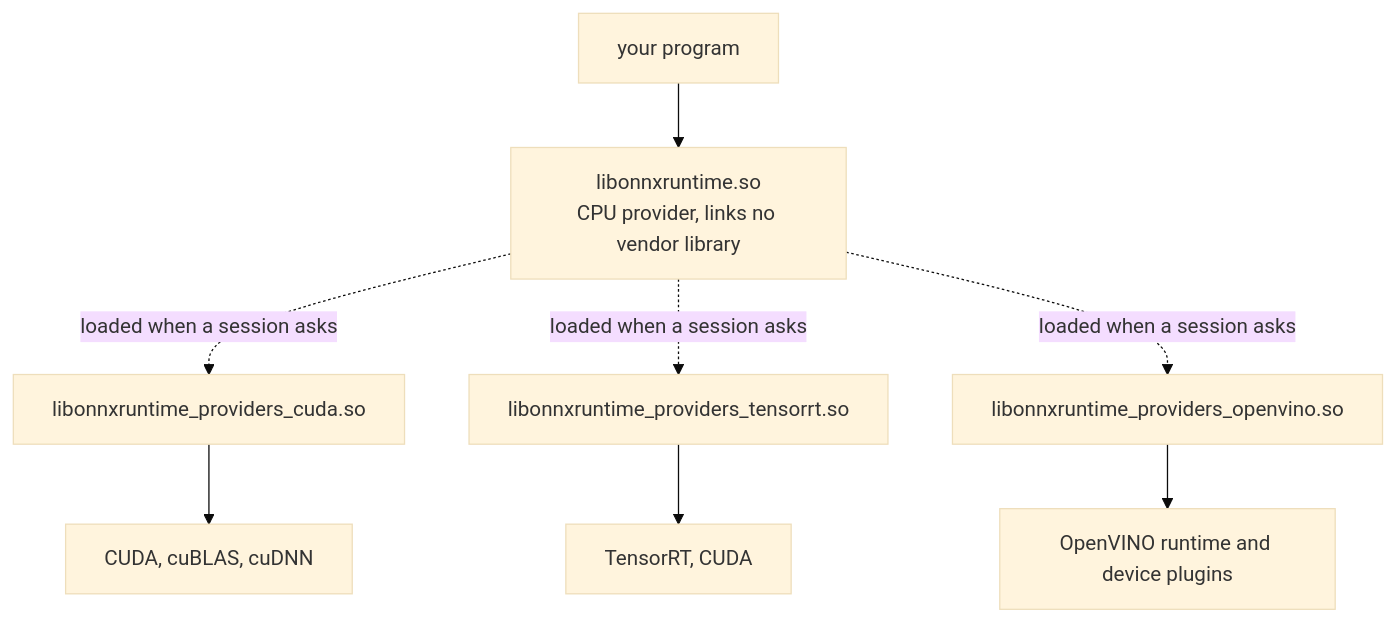
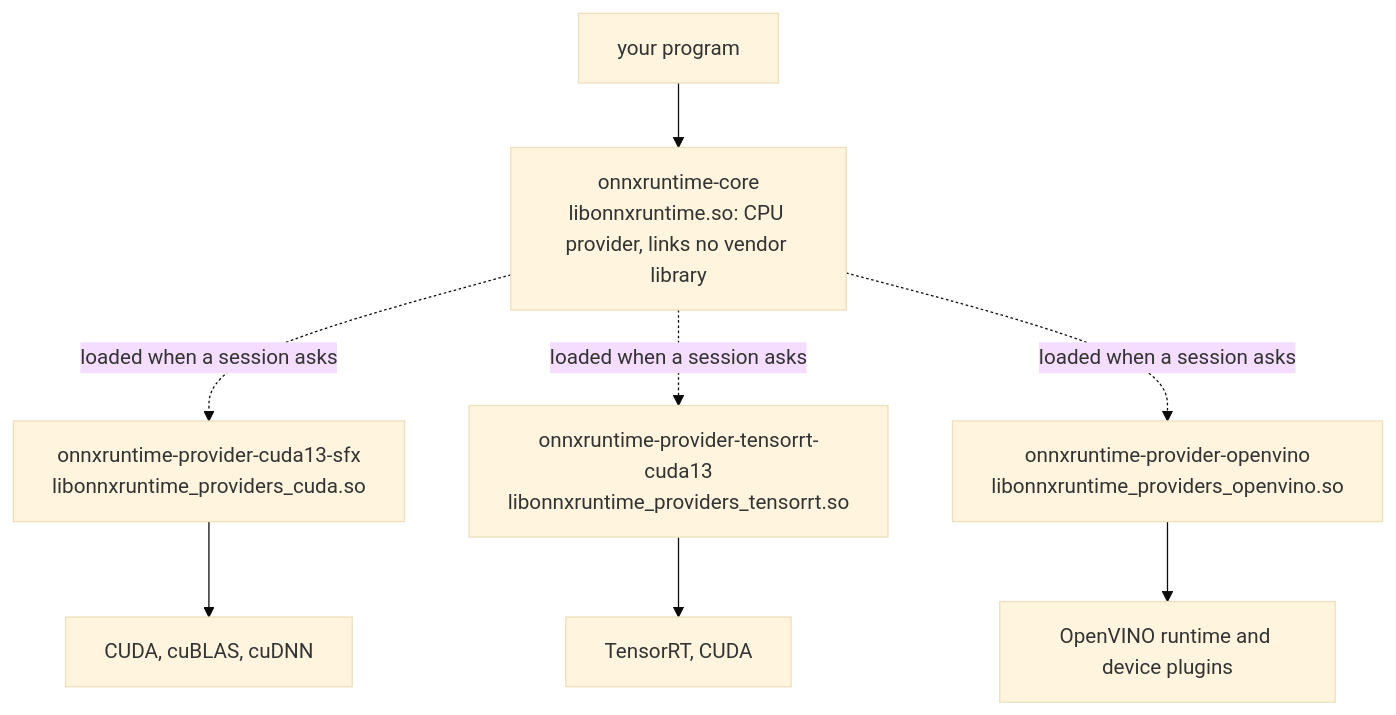
The diagram in docs/engines.md (rsd/omarchy-onnxruntime), drawn with Mermaid (base theme) before and after one commit. The commit also changed other lines of this file and 16 other files, not shown here.

First line of the commit message:
Split the build into a core and one package per execution provider, with the CUDA target in the name

````diff
--- a/docs/engines.md
+++ b/docs/engines.md
@@ -5,10 +5,10 @@
 ```mermaid
 flowchart TD
-    A[your program] --> B[libonnxruntime.so<br/>CPU provider, links no vendor library]
-    B -. loaded when a session asks .-> C[libonnxruntime_providers_cuda.so]
-    B -. loaded when a session asks .-> D[libonnxruntime_providers_tensorrt.so]
-    B -. loaded when a session asks .-> E[libonnxruntime_providers_openvino.so]
+    A[your program] --> B[onnxruntime-core<br/>libonnxruntime.so: CPU provider, links no vendor library]
+    B -. loaded when a session asks .-> C[onnxruntime-provider-cuda13-sfx<br/>libonnxruntime_providers_cuda.so]
+    B -. loaded when a session asks .-> D[onnxruntime-provider-tensorrt-cuda13<br/>libonnxruntime_providers_tensorrt.so]
+    B -. loaded when a session asks .-> E[onnxruntime-provider-openvino<br/>libonnxruntime_providers_openvino.so]
     C --> F[CUDA, cuBLAS, cuDNN]
     D --> G[TensorRT, CUDA]
     E --> H[OpenVINO runtime and device plugins]
 ```
````
